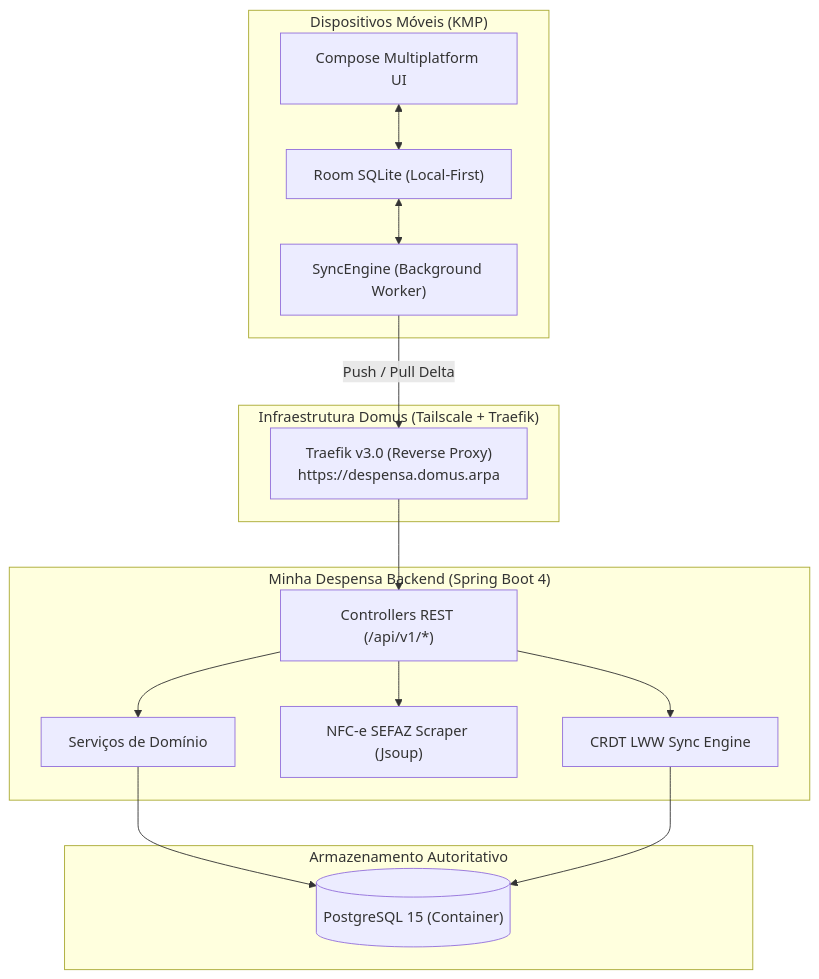
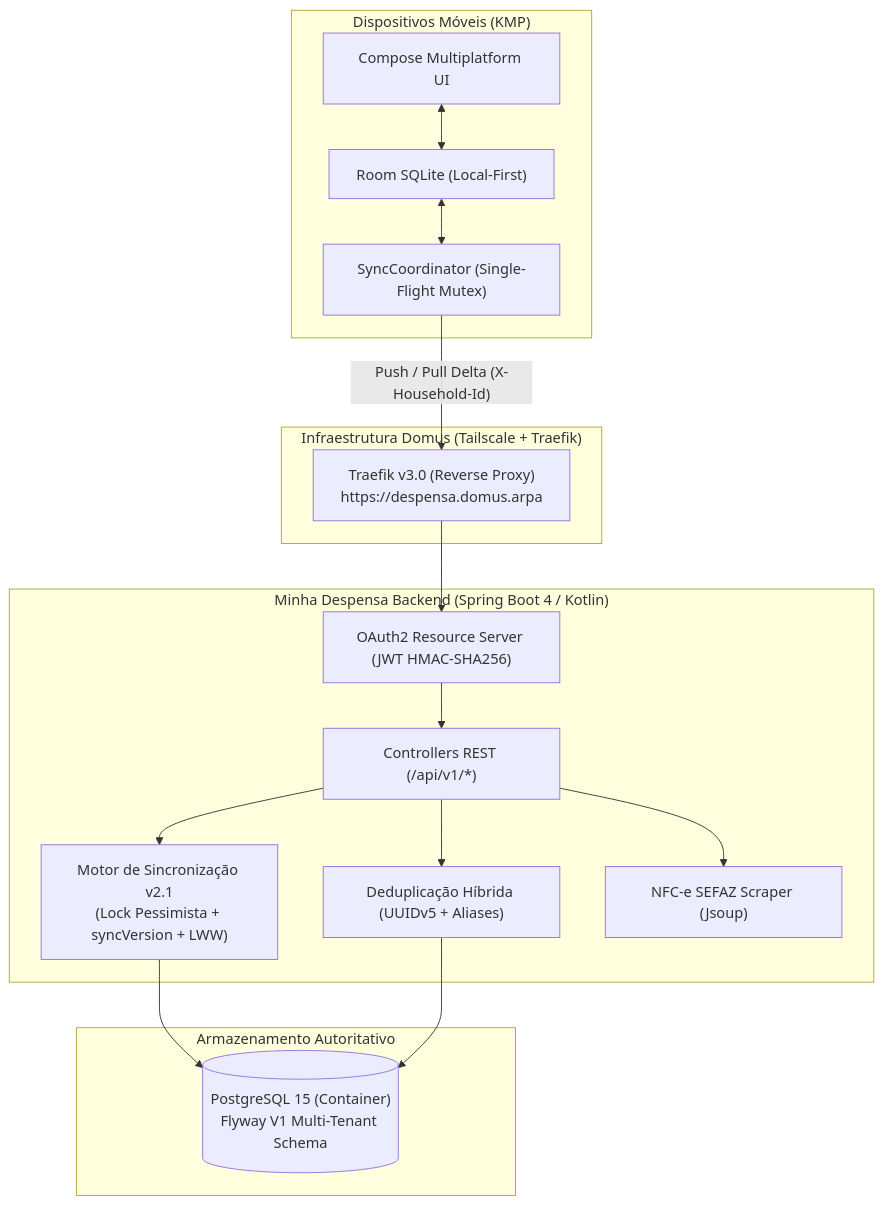
One commit to bitlabbr/Minha-Despensa-Backend changed the first of 3 diagrams in Minha-Despensa-Backend.md. Above: the diagram before and after it, drawn with Mermaid. The commit also changed other lines of this file and 3 other files, not shown here.

Commit message:
feat(test): add multi-device integration test, quote SQL keywords and update master docs

````diff
--- a/Minha-Despensa-Backend.md
+++ b/Minha-Despensa-Backend.md
@@ -15,30 +15,32 @@
 ```mermaid
 flowchart TD
     subgraph Client["Dispositivos Móveis (KMP)"]
         UI["Compose Multiplatform UI"]
         Room["Room SQLite (Local-First)"]
-        SyncWorker["SyncEngine (Background Worker)"]
+        SyncWorker["SyncCoordinator (Single-Flight Mutex)"]
         UI <--> Room
         Room <--> SyncWorker
     end
 
     subgraph Network["Infraestrutura Domus (Tailscale + Traefik)"]
         Traefik["Traefik v3.0 (Reverse Proxy)<br/>https://despensa.domus.arpa"]
     end
 
-    subgraph Backend["Minha Despensa Backend (Spring Boot 4)"]
+    subgraph Backend["Minha Despensa Backend (Spring Boot 4 / Kotlin)"]
+        Security["OAuth2 Resource Server (JWT HMAC-SHA256)"]
         API["Controllers REST (/api/v1/*)"]
-        Engine["CRDT LWW Sync Engine"]
+        Engine["Motor de Sincronização v2.1<br/>(Lock Pessimista + syncVersion + LWW)"]
+        Dedupe["Deduplicação Híbrida (UUIDv5 + Aliases)"]
         Scraper["NFC-e SEFAZ Scraper (Jsoup)"]
-        Services["Serviços de Domínio"]
-        API --> Engine & Scraper & Services
+        Security --> API
+        API --> Engine & Dedupe & Scraper
     end
 
     subgraph Storage["Armazenamento Autoritativo"]
-        Postgres[("PostgreSQL 15 (Container)")]
-        Services & Engine --> Postgres
+        Postgres[("PostgreSQL 15 (Container)<br/>Flyway V1 Multi-Tenant Schema")]
+        Engine & Dedupe --> Postgres
     end
 
-    SyncWorker -- "Push / Pull Delta" --> Traefik
-    Traefik --> API
+    SyncWorker -- "Push / Pull Delta (X-Household-Id)" --> Traefik
+    Traefik --> Security
 ```
````
